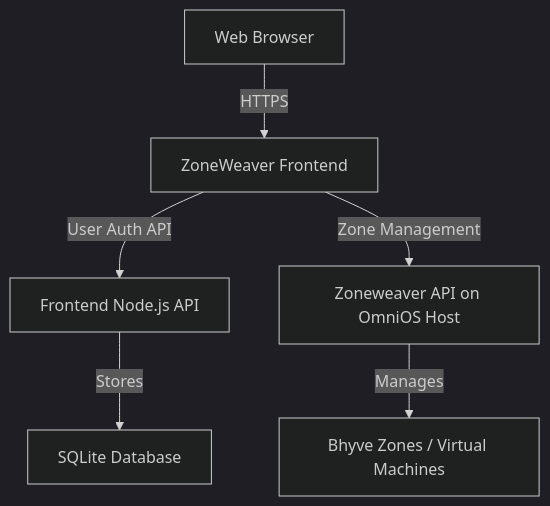
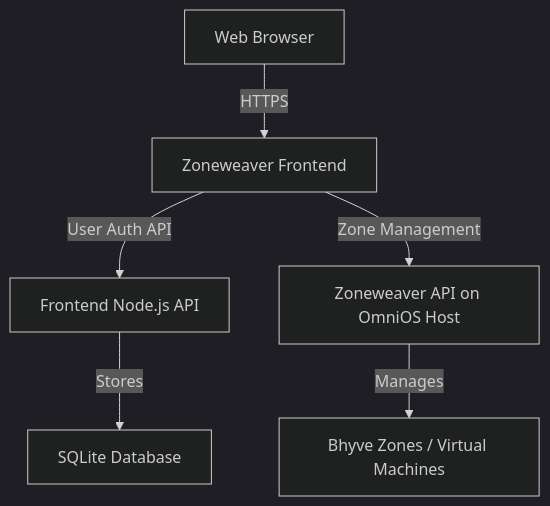
Before and after one commit to Makr91/zoneweaver: the diagram in docs/index.md, drawn with Mermaid (dark theme). The commit also changed other lines of this file and 82 other files, not shown here.

````diff
--- a/docs/index.md
+++ b/docs/index.md
@@ -36,8 +36,8 @@
 ```mermaid
 graph TD
-    A[Web Browser] -- HTTPS --> B[ZoneWeaver Frontend];
+    A[Web Browser] -- HTTPS --> B[Zoneweaver Frontend];
     B -- User Auth API --> C[Frontend Node.js API];
     B -- Zone Management --> D[Zoneweaver API on OmniOS Host];
     D -- Manages --> E[Bhyve Zones / Virtual Machines];
     C -- Stores --> F[SQLite Database];
 ```
````
